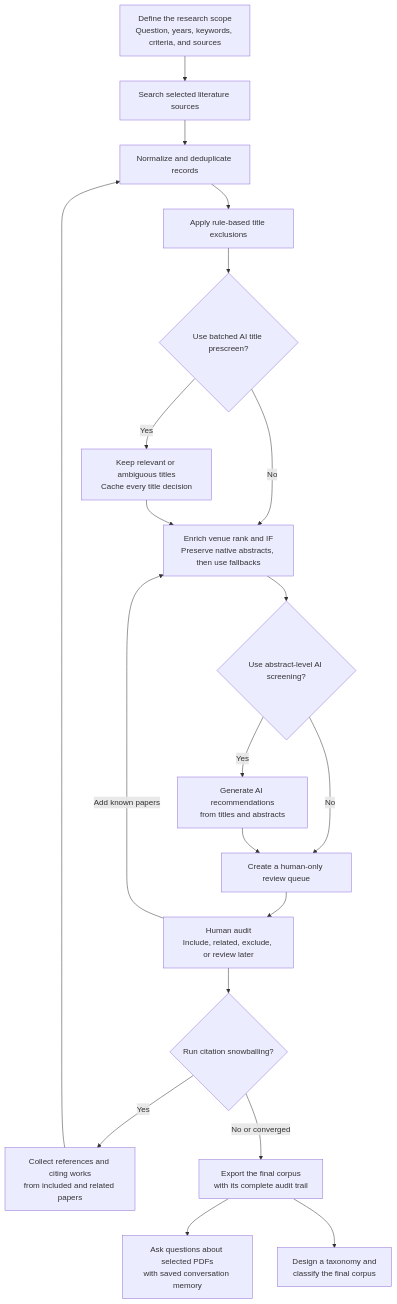
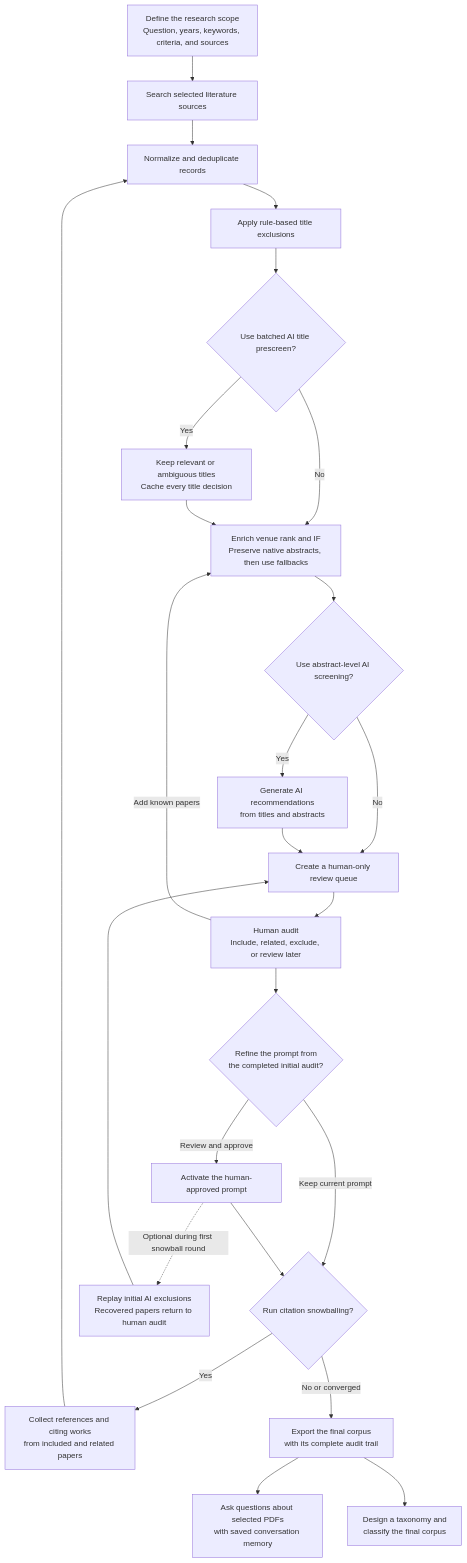
One commit to yo4c5ama/survey-tool changed the diagram in README.md. Above: the diagram before and after it, drawn with Mermaid. The commit also changed other lines of this file and 5 other files, not shown here.

````diff
--- a/README.md
+++ b/README.md
@@ -12,22 +12,27 @@
 ```mermaid
 flowchart TD
     A["Define the research scope<br/>Question, years, keywords, criteria, and sources"] --> B["Search selected literature sources"]
     B --> C["Normalize and deduplicate records"]
     C --> E["Apply rule-based title exclusions"]
     E --> T{"Use batched AI title prescreen?"}
     T -- Yes --> U["Keep relevant or ambiguous titles<br/>Cache every title decision"]
     T -- No --> D["Enrich venue rank and IF<br/>Preserve native abstracts, then use fallbacks"]
     U --> D
     D --> F{"Use abstract-level AI screening?"}
     F -- Yes --> G["Generate AI recommendations<br/>from titles and abstracts"]
     F -- No --> H["Create a human-only review queue"]
     G --> H
     H --> I["Human audit<br/>Include, related, exclude, or review later"]
     I -- "Add known papers" --> D
-    I --> J{"Run citation snowballing?"}
+    I --> P{"Refine the prompt from<br/>the completed initial audit?"}
+    P -- "Review and approve" --> R["Activate the human-approved prompt"]
+    P -- "Keep current prompt" --> J{"Run citation snowballing?"}
+    R --> J
+    R -. "Optional during first snowball round" .-> O["Replay initial AI exclusions<br/>Recovered papers return to human audit"]
+    O --> H
     J -- Yes --> K["Collect references and citing works<br/>from included and related papers"]
     K --> C
     J -- "No or converged" --> L["Export the final corpus<br/>with its complete audit trail"]
     L --> M["Ask questions about selected PDFs<br/>with saved conversation memory"]
     L --> N["Design a taxonomy and<br/>classify the final corpus"]
 ```
````
